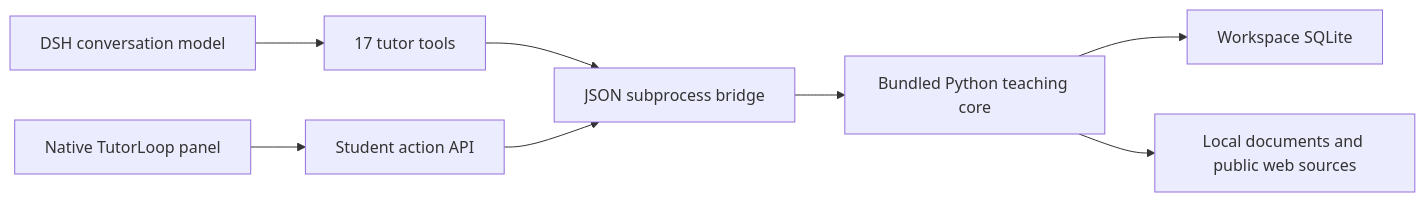
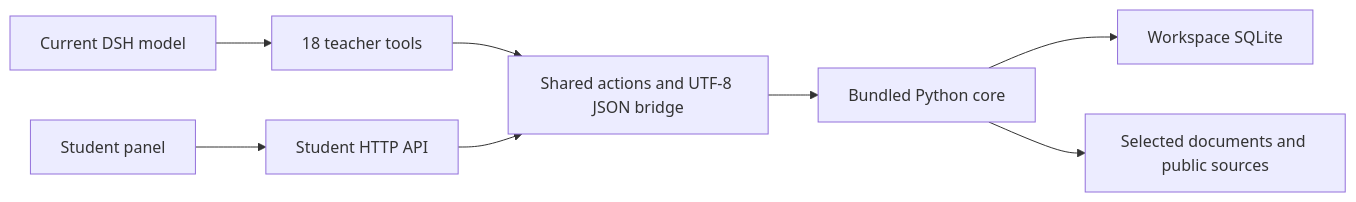
Before and after one commit to Qinling-Melon-Farmers/dsh-tutorloop: the diagram in docs/ARCHITECTURE.md, drawn with Mermaid. The commit also changed other lines of this file and 39 other files, not shown here.

````diff
--- a/docs/ARCHITECTURE.md
+++ b/docs/ARCHITECTURE.md
@@ -5,10 +5,10 @@
 ```mermaid
 flowchart LR
-  C[DSH conversation model] --> T[17 tutor tools]
-  U[Native TutorLoop panel] --> A[Student action API]
-  T --> B[JSON subprocess bridge]
+  C[Current DSH model] --> T[18 teacher tools]
+  U[Student panel] --> A[Student HTTP API]
+  T --> B[Shared actions and UTF-8 JSON bridge]
   A --> B
-  B --> P[Bundled Python teaching core]
+  B --> P[Bundled Python core]
   P --> D[Workspace SQLite]
-  P --> S[Local documents and public web sources]
+  P --> S[Selected documents and public sources]
 ```
````
